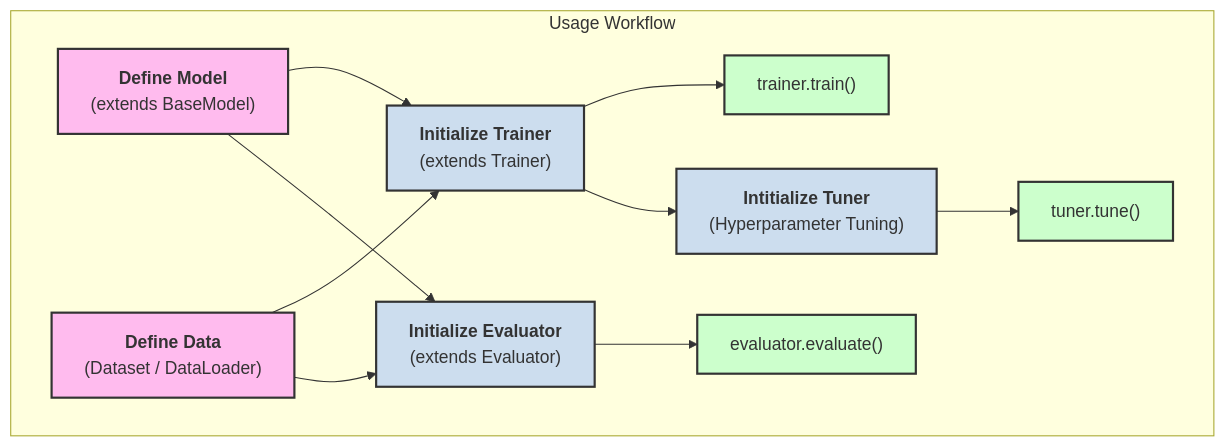
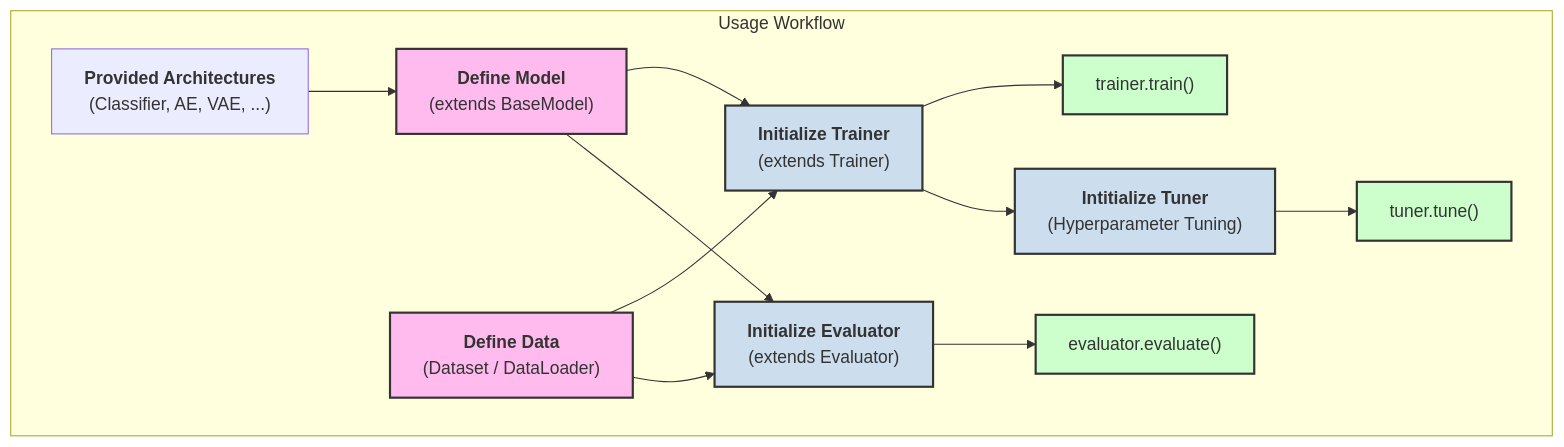
One commit to noahpy/my_pytorch_kit changed the diagram in README.md. Above: the diagram before and after it, drawn with Mermaid. The commit also changed other lines of this file and 11 other files, not shown here.

````diff
--- a/README.md
+++ b/README.md
@@ -21,35 +22,38 @@
 ```mermaid
 graph TD
     subgraph "Usage Workflow"
         A["<b>Define Model</b><br/>(extends BaseModel)"]
         B["<b>Define Data</b><br/>(Dataset / DataLoader)"]
         G["<b>Extras</b><br/>(Optimizer, Tensorboard)"]
         C["<b>Initialize Trainer</b><br/>(extends Trainer)"]
         D["<b>Initialize Evaluator</b><br/>(extends Evaluator)"]
         E["trainer.train()"]
         F["evaluator.evaluate()"]
         G["<b>Intitialize Tuner</b><br/>(Hyperparameter Tuning)"]
         H["tuner.tune()"]
+        I["<b>Provided Architectures</b><br/>(Classifier, AE, VAE, ...)"]
+
     end
 
     %% Define node relationships
     A --> C
     B --> C
+    I --> A
     A --> D
     B --> D
     C --> E
     D --> F
     C --> G
     G --> H
 
     %% Style the nodes
     style A fill:#fbe,stroke:#333,stroke-width:2px
     style B fill:#fbe,stroke:#333,stroke-width:2px
     style G fill:#ffc,stroke:#333,stroke-width:2px
     style C fill:#cde,stroke:#333,stroke-width:2px
     style D fill:#cde,stroke:#333,stroke-width:2px
     style E fill:#cfc,stroke:#333,stroke-width:2px
     style F fill:#cfc,stroke:#333,stroke-width:2px
     style G fill:#cde,stroke:#333,stroke-width:2px
     style H fill:#cfc,stroke:#333,stroke-width:2px
 ```
````
